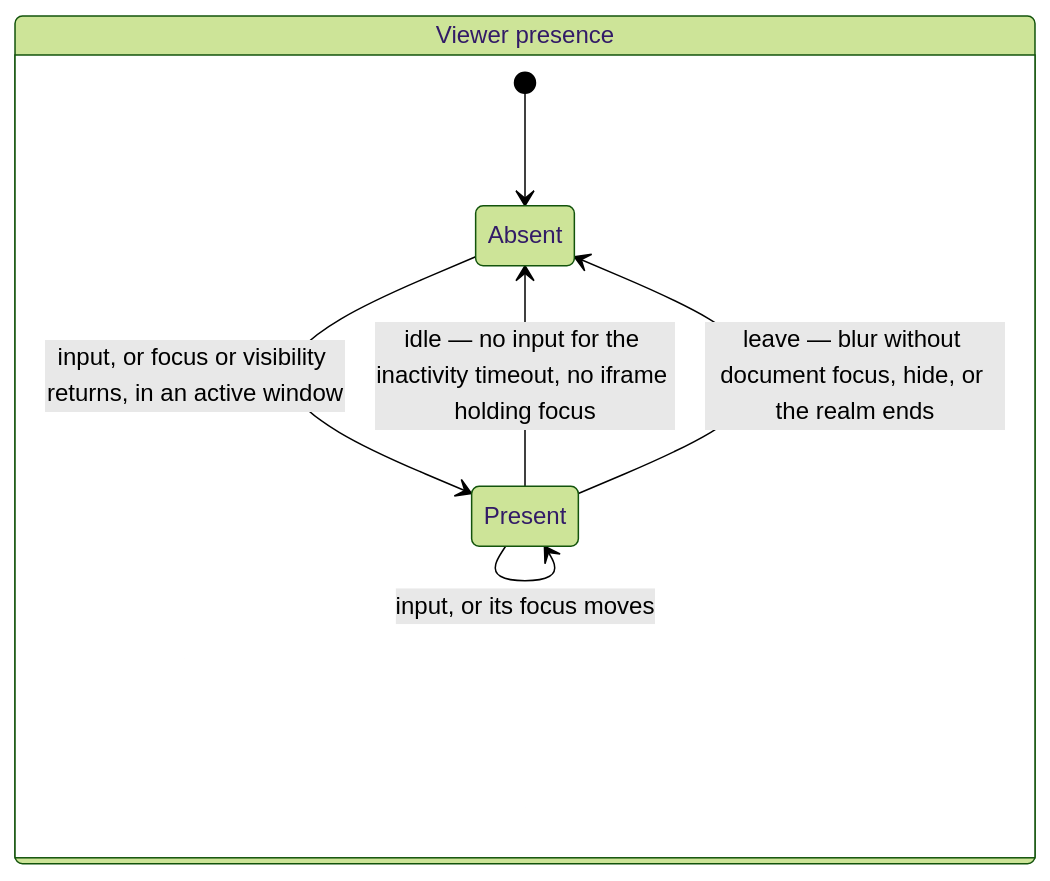
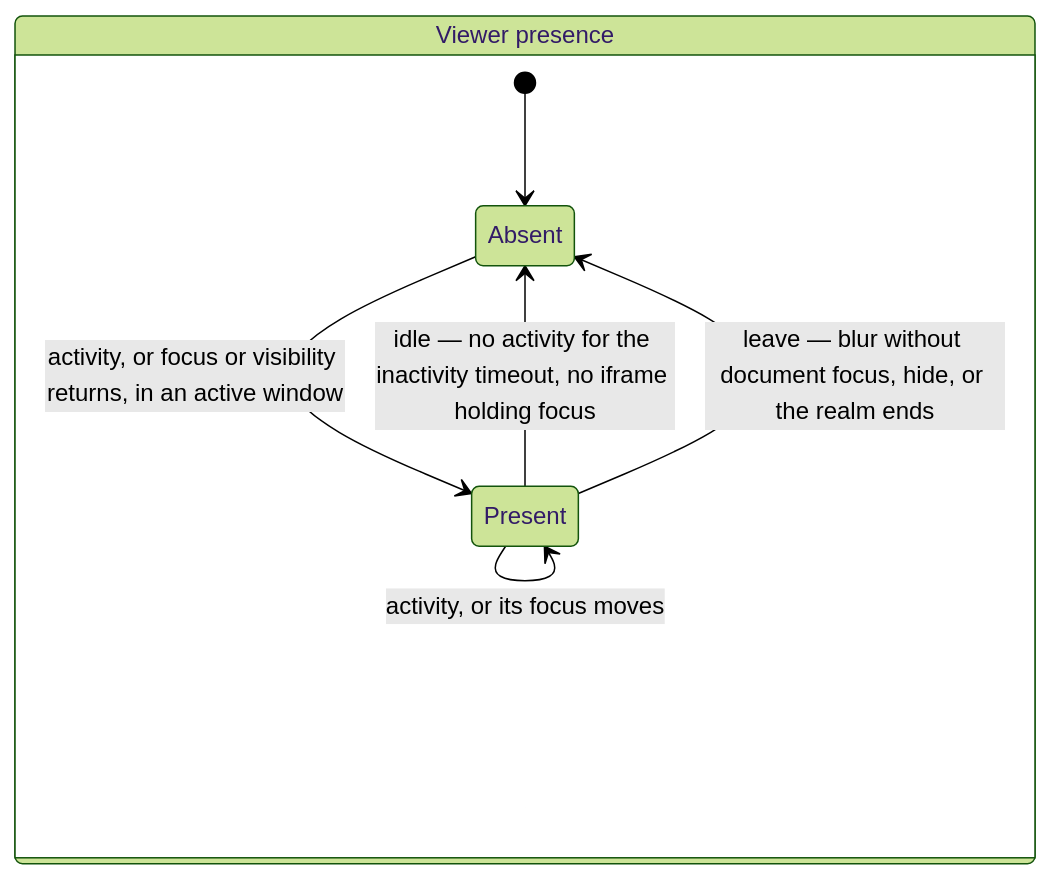
Before and after one commit to diffplug/dormouse: the third of 16 diagrams in docs/specs/alert.md, drawn with Mermaid (forest theme). The commit also changed other lines of this file and 3 other files, not shown here.

````diff
--- a/docs/specs/alert.md
+++ b/docs/specs/alert.md
@@ -120,10 +149,10 @@
 ```mermaid
 stateDiagram-v2
   state "Viewer presence" as Viewer {
     [*] --> Absent
-    Absent --> Present: input, or focus or visibility returns, in an active window
-    Present --> Present: input, or its focus moves
-    Present --> Absent: idle — no input for the inactivity timeout, no iframe holding focus
+    Absent --> Present: activity, or focus or visibility returns, in an active window
+    Present --> Present: activity, or its focus moves
+    Present --> Absent: idle — no activity for the inactivity timeout, no iframe holding focus
     Present --> Absent: leave — blur without document focus, hide, or the realm ends
   }
 ```
````
